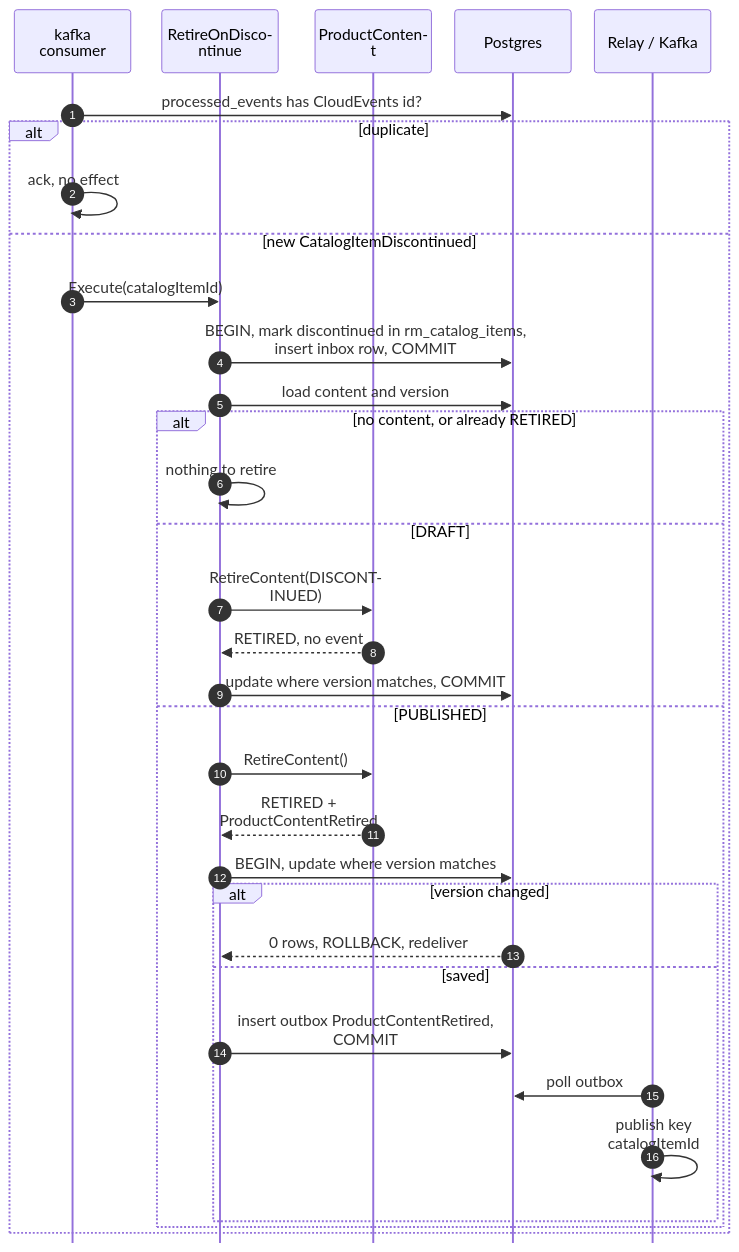
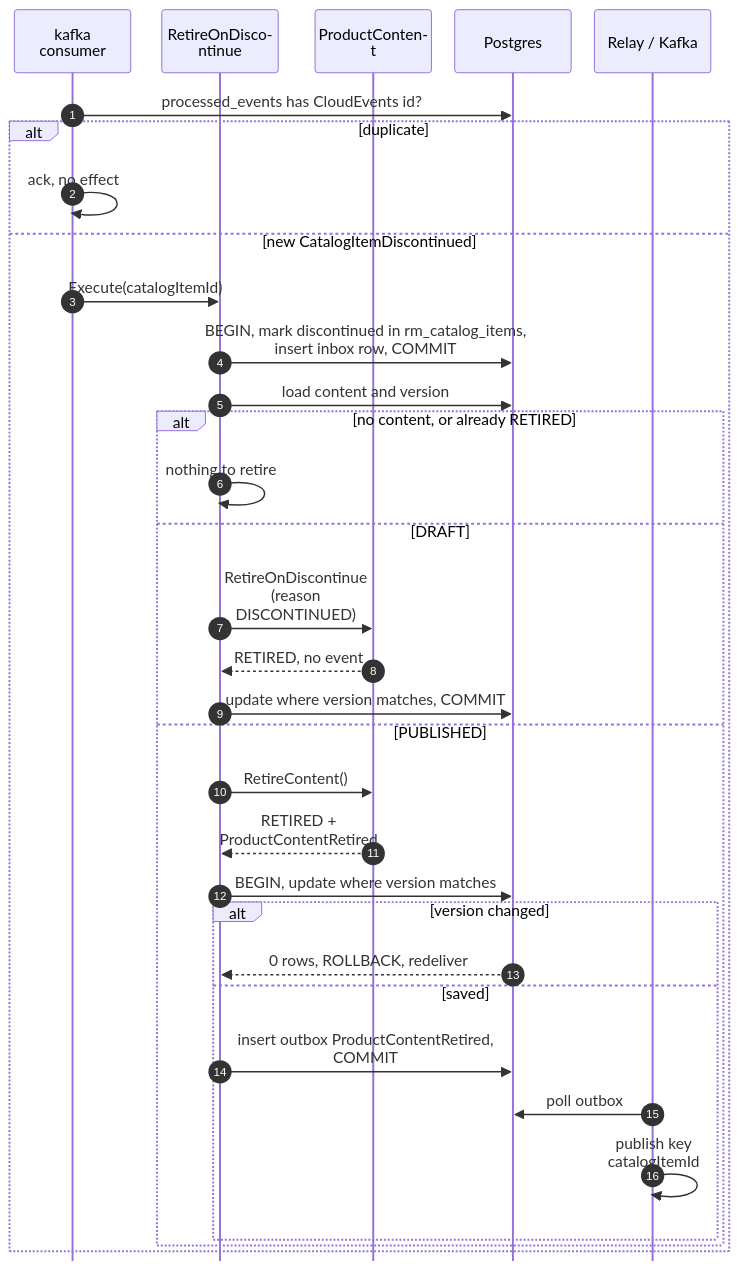
One commit to IQVO/warehouse-docs changed the fifth of 10 diagrams in storefront/docs/contexts/product-content/sequence-diagrams.md. Above: the diagram before and after it, drawn with Mermaid. The commit also changed other lines of this file and 10 other files, not shown here.

Commit message:
docs(storefront): product-content pack and model follow the repo (MANUAL reason, DRAFT retired silently on discontinue, ReviseContent for DRAFT and PUBLISHED, no content for a discontinued item, current routes)

````diff
--- a/storefront/docs/contexts/product-content/sequence-diagrams.md
+++ b/storefront/docs/contexts/product-content/sequence-diagrams.md
@@ -245,36 +245,36 @@
 ```mermaid
 %%{init: {"sequence": {"wrap": true, "width": 120, "actorMargin": 24, "messageMargin": 28, "boxMargin": 6, "noteMargin": 6, "mirrorActors": false}}}%%
 sequenceDiagram
     autonumber
     participant KC as kafka consumer
     participant UC as RetireOnDiscontinue
     participant A as ProductContent
     participant DB as Postgres
     participant K as Relay / Kafka
     KC->>DB: processed_events has CloudEvents id?
     alt duplicate
         KC->>KC: ack, no effect
     else new CatalogItemDiscontinued
         KC->>UC: Execute(catalogItemId)
         UC->>DB: BEGIN, mark discontinued in rm_catalog_items,<br/>insert inbox row, COMMIT
         UC->>DB: load content and version
         alt no content, or already RETIRED
             UC->>UC: nothing to retire
         else DRAFT
-            UC->>A: RetireContent(DISCONTINUED)
+            UC->>A: RetireOnDiscontinue (reason DISCONTINUED)
             A-->>UC: RETIRED, no event
             UC->>DB: update where version matches, COMMIT
         else PUBLISHED
             UC->>A: RetireContent()
             A-->>UC: RETIRED + ProductContentRetired
             UC->>DB: BEGIN, update where version matches
             alt version changed
                 DB-->>UC: 0 rows, ROLLBACK, redeliver
             else saved
                 UC->>DB: insert outbox ProductContentRetired, COMMIT
                 K->>DB: poll outbox
                 K->>K: publish key catalogItemId
             end
         end
     end
 ```
````
